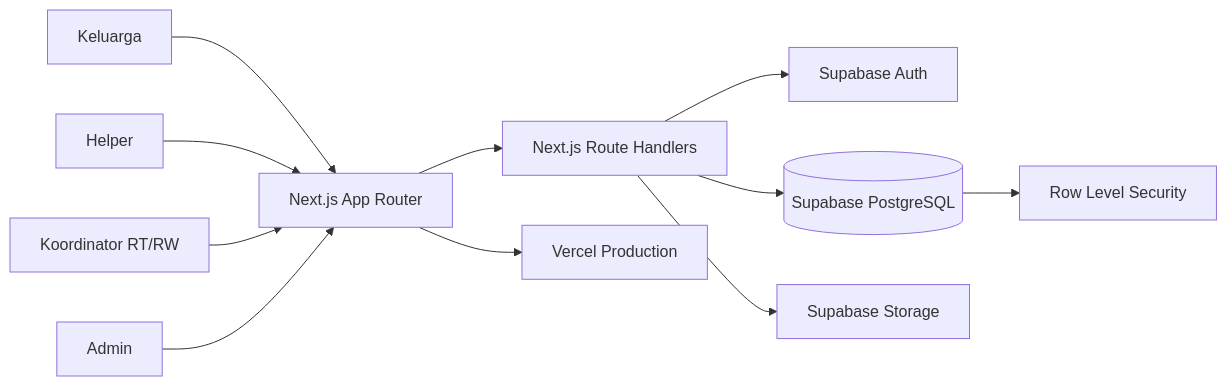
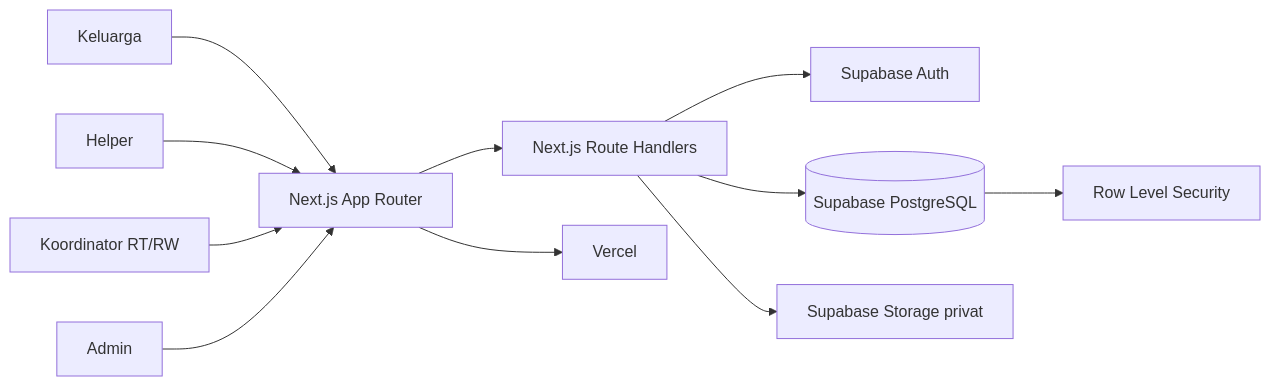
One commit to Elnathz/rangkul changed the first of 3 diagrams in README.md. Above: the diagram before and after it, drawn with Mermaid. The commit also changed other lines of this file and 69 other files, not shown here.

````diff
--- a/README.md
+++ b/README.md
@@ -179,14 +201,14 @@
 ```mermaid
 flowchart LR
     Keluarga[Keluarga] --> Web[Next.js App Router]
     Helper[Helper] --> Web
     Koordinator[Koordinator RT/RW] --> Web
     Admin[Admin] --> Web
 
     Web --> API[Next.js Route Handlers]
     API --> Auth[Supabase Auth]
     API --> DB[(Supabase PostgreSQL)]
-    API --> Storage[Supabase Storage]
+    API --> Storage[Supabase Storage privat]
     DB --> RLS[Row Level Security]
-    Web --> Vercel[Vercel Production]
+    Web --> Vercel[Vercel]
 ```
````
